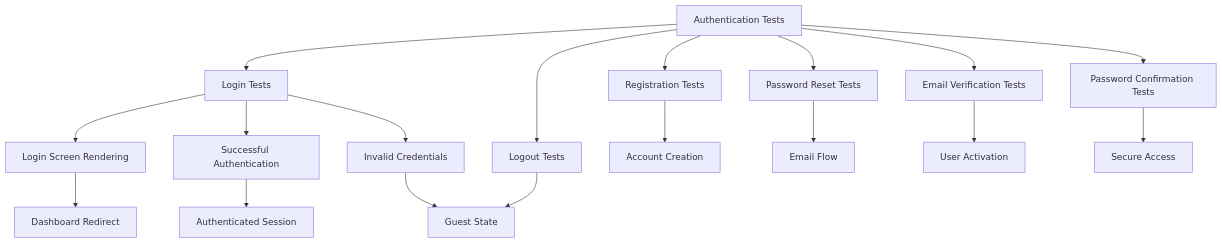
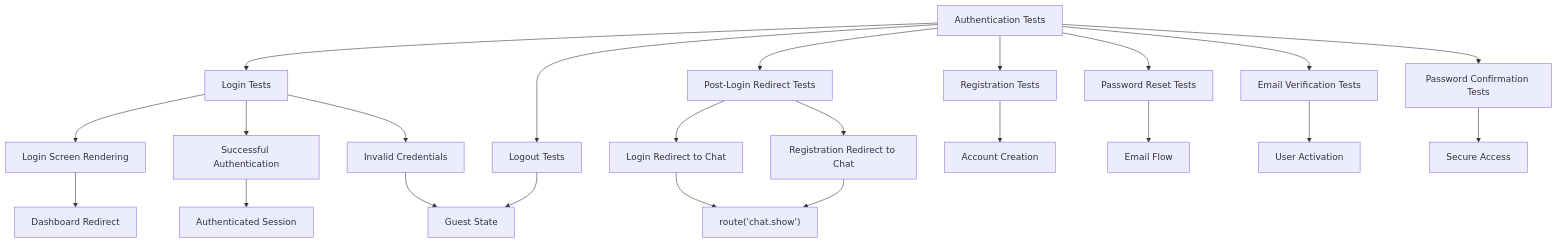
One commit to siimliimand/laravel-assistant changed the third of 12 diagrams in .qoder/repowiki/en/content/Testing Infrastructure/Testing Infrastructure.md. Above: the diagram before and after it, drawn with Mermaid. The commit also changed other lines of this file and 5 other files, not shown here.

````diff
--- a/.qoder/repowiki/en/content/Testing Infrastructure/Testing Infrastructure.md
+++ b/.qoder/repowiki/en/content/Testing Infrastructure/Testing Infrastructure.md
@@ -445,20 +467,25 @@
 ```mermaid
 flowchart TD
 AuthTests["Authentication Tests"] --> Login["Login Tests"]
 Login --> Screen["Login Screen Rendering"]
 Login --> Success["Successful Authentication"]
 Login --> Failure["Invalid Credentials"]
 AuthTests --> Logout["Logout Tests"]
 AuthTests --> Register["Registration Tests"]
 AuthTests --> Reset["Password Reset Tests"]
 AuthTests --> Email["Email Verification Tests"]
 AuthTests --> Confirm["Password Confirmation Tests"]
+AuthTests --> PostLogin["Post-Login Redirect Tests"]
+PostLogin --> LoginRedirect["Login Redirect to Chat"]
+PostLogin --> RegisterRedirect["Registration Redirect to Chat"]
 Screen --> Redirect["Dashboard Redirect"]
 Success --> Session["Authenticated Session"]
 Failure --> Guest["Guest State"]
 Logout --> Guest
 Register --> Account["Account Creation"]
 Reset --> EmailFlow["Email Flow"]
 Email --> Activate["User Activation"]
 Confirm --> SecureAccess["Secure Access"]
+LoginRedirect --> ChatRoute["route('chat.show')"]
+RegisterRedirect --> ChatRoute
 ```
````
